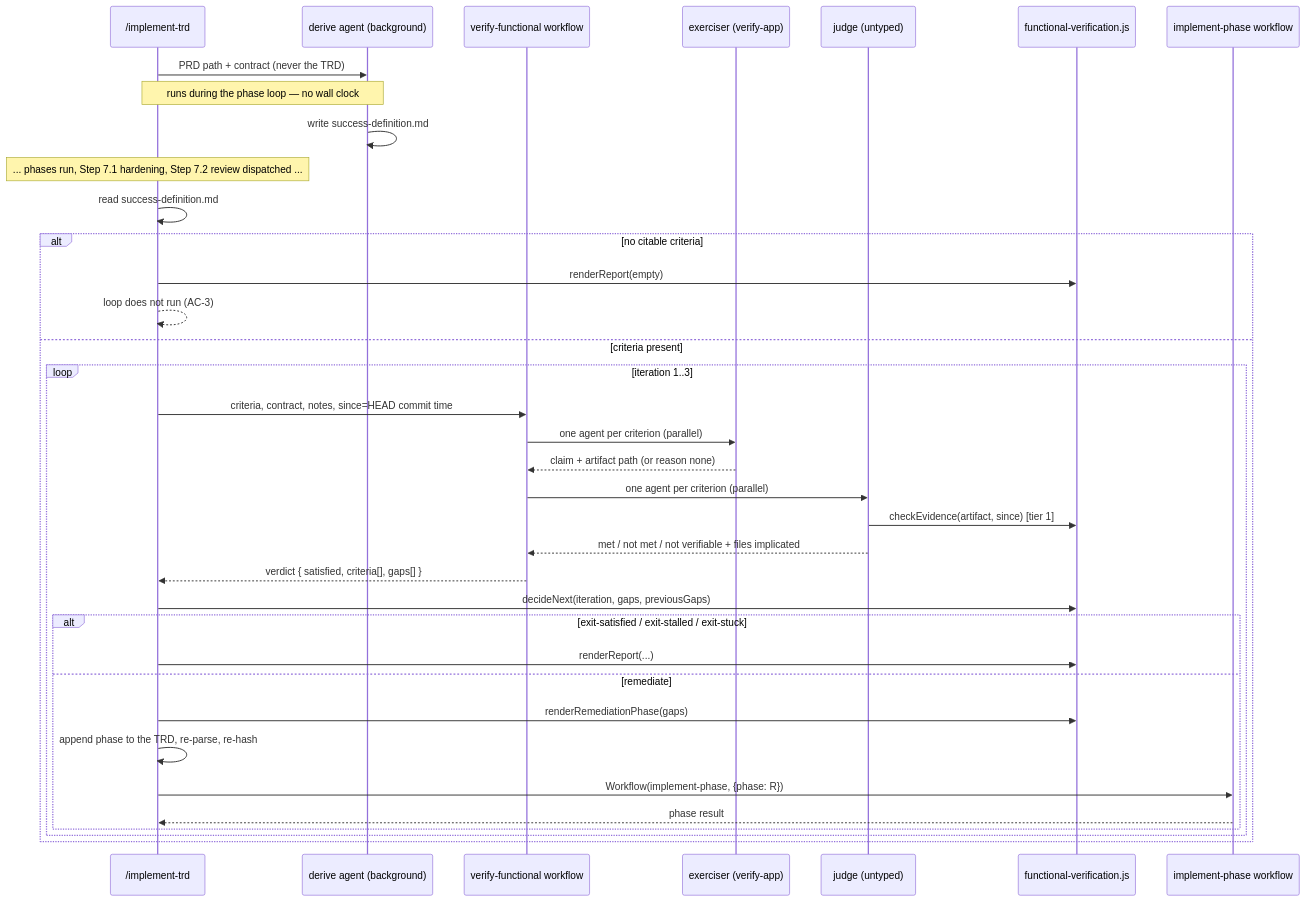
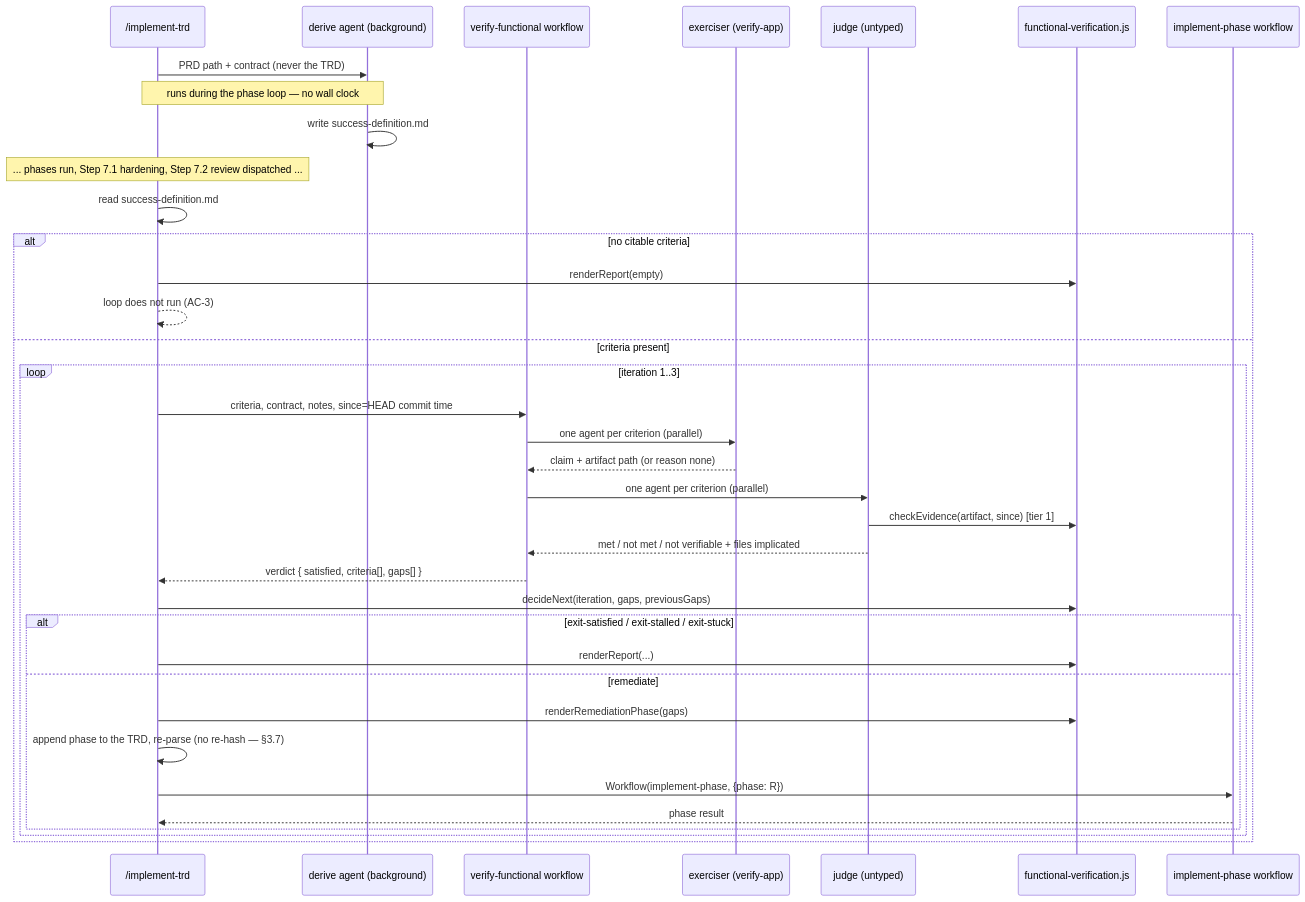
Before and after one commit to FortiumPartners/ensemble-vnext: the second of 3 diagrams in docs/TRD/functional-verification.md, drawn with Mermaid. The commit also changed other lines of this file, not shown here.

First line of the commit message:
docs(TRD): audit pass — v1.0.1, and it overturned my own correction

````diff
--- a/docs/TRD/functional-verification.md
+++ b/docs/TRD/functional-verification.md
@@ -189,39 +190,39 @@
 ```mermaid
 sequenceDiagram
     participant C as /implement-trd
     participant D as derive agent (background)
     participant W as verify-functional workflow
     participant E as exerciser (verify-app)
     participant J as judge (untyped)
     participant L as functional-verification.js
     participant P as implement-phase workflow
 
     C->>D: PRD path + contract (never the TRD)
     Note over C,D: runs during the phase loop — no wall clock
     D->>D: write success-definition.md
     Note over C: ... phases run, Step 7.1 hardening, Step 7.2 review dispatched ...
     C->>C: read success-definition.md
     alt no citable criteria
         C->>L: renderReport(empty)
         C-->>C: loop does not run (AC-3)
     else criteria present
         loop iteration 1..3
             C->>W: criteria, contract, notes, since=HEAD commit time
             W->>E: one agent per criterion (parallel)
             E-->>W: claim + artifact path (or reason none)
             W->>J: one agent per criterion (parallel)
             J->>L: checkEvidence(artifact, since)  [tier 1]
             J-->>W: met / not met / not verifiable + files implicated
             W-->>C: verdict { satisfied, criteria[], gaps[] }
             C->>L: decideNext(iteration, gaps, previousGaps)
             alt exit-satisfied / exit-stalled / exit-stuck
                 C->>L: renderReport(...)
             else remediate
                 C->>L: renderRemediationPhase(gaps)
-                C->>C: append phase to the TRD, re-parse, re-hash
+                C->>C: append phase to the TRD, re-parse (no re-hash — §3.7)
                 C->>P: Workflow(implement-phase, {phase: R})
                 P-->>C: phase result
             end
         end
     end
 ```
````
